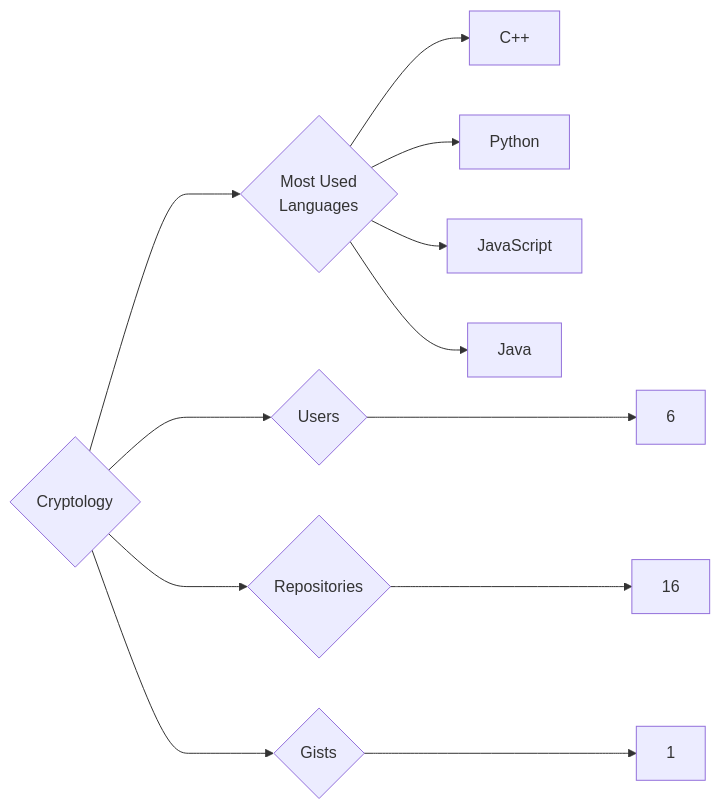
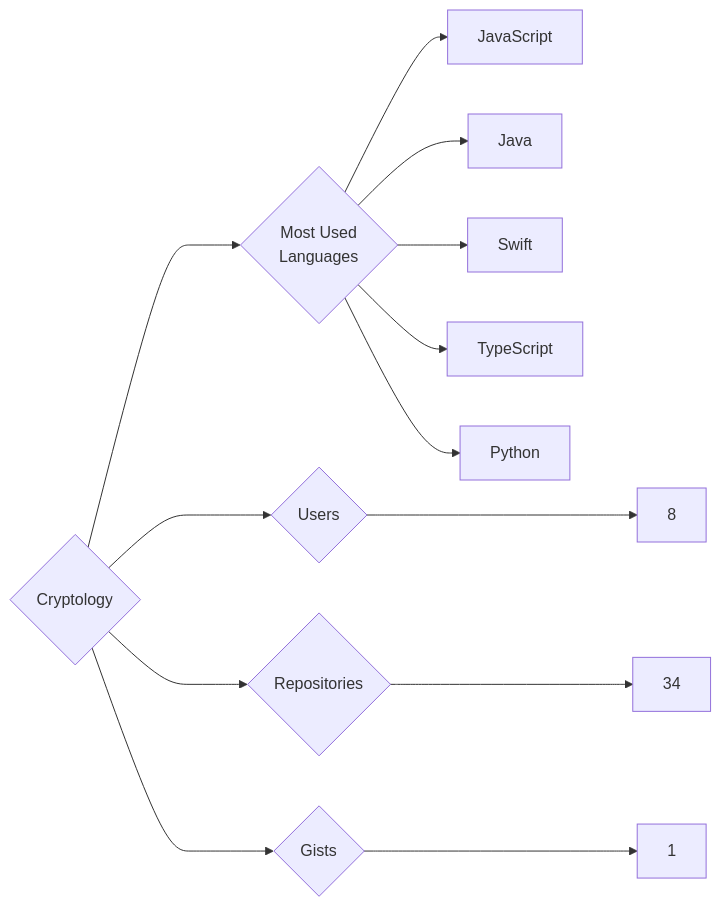
Before and after one commit to trickest/insiders: the diagram in targets/Cryptology/README.md, drawn with Mermaid. The commit also changed 1092 other files, not shown here.

````diff
--- a/targets/Cryptology/README.md
+++ b/targets/Cryptology/README.md
@@ -3,12 +3,13 @@
 ```mermaid
 graph LR
 COMPANY_NAME{Cryptology}
-COMPANY_NAME ---> U{Users} ---> UN[6]
-COMPANY_NAME ---> R{Repositories} ---> RN[16]
+COMPANY_NAME ---> U{Users} ---> UN[8]
+COMPANY_NAME ---> R{Repositories} ---> RN[34]
 COMPANY_NAME ---> G{Gists} ---> GN[1]
 COMPANY_NAME ---> ML{Most Used<br>Languages}
-ML --> C++[C++]
-ML --> Python[Python]
 ML --> JavaScript[JavaScript]
 ML --> Java[Java]
+ML --> Swift[Swift]
+ML --> TypeScript[TypeScript]
+ML --> Python[Python]
 ```
````
